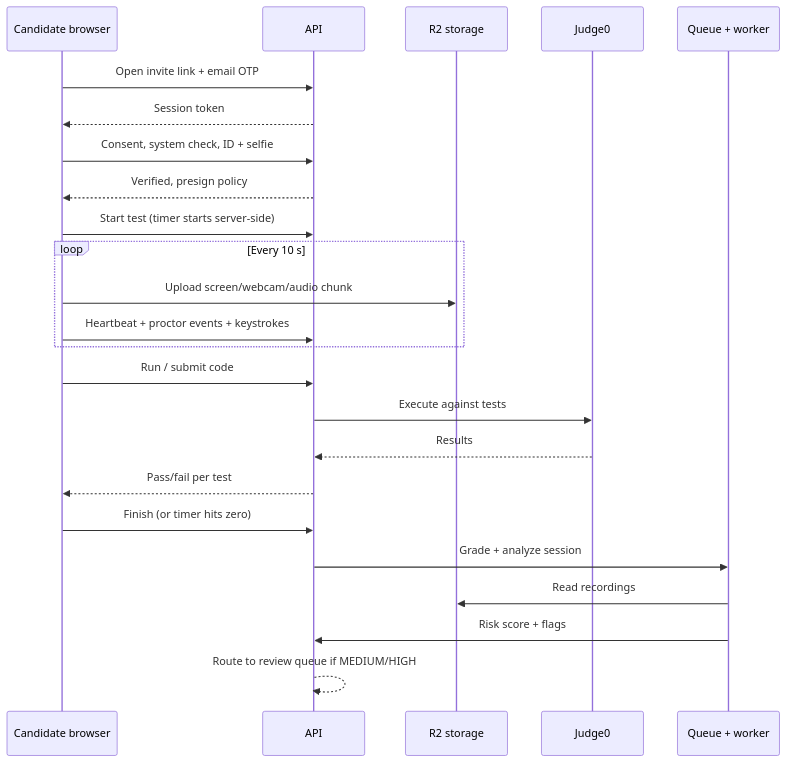
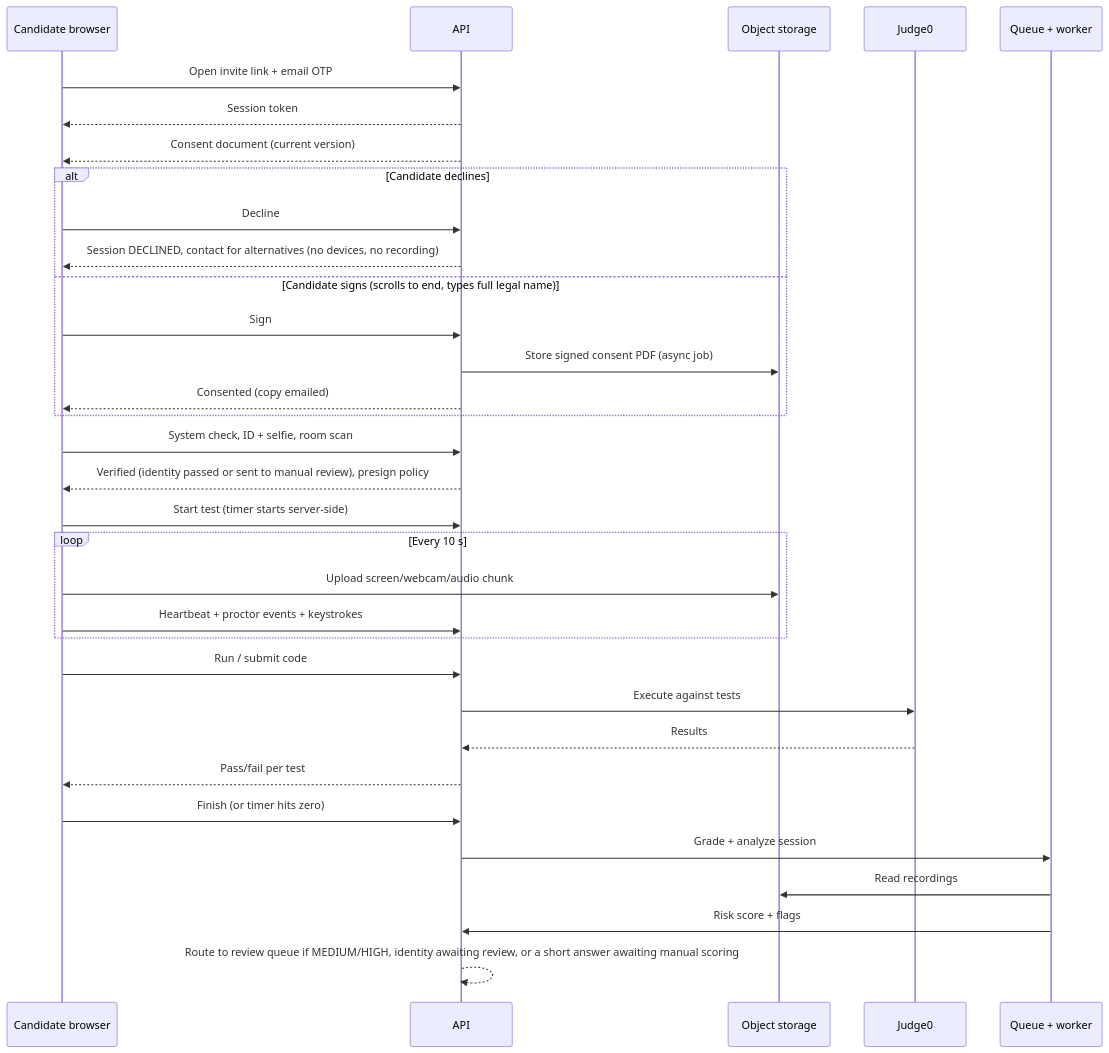
One commit to harshtrivedi312/codeproctor changed the diagram in docs/architecture.md. Above: the diagram before and after it, drawn with Mermaid. The commit also changed other lines of this file and 6 other files, not shown here.

First line of the commit message:
docs: align FSD, test cases, architecture and prompts with accepted ADRs

````diff
--- a/docs/architecture.md
+++ b/docs/architecture.md
@@ -27,26 +27,35 @@
 ```mermaid
 sequenceDiagram
   participant C as Candidate browser
   participant A as API
-  participant R as R2 storage
+  participant R as Object storage
   participant J as Judge0
   participant Q as Queue + worker
   C->>A: Open invite link + email OTP
   A-->>C: Session token
-  C->>A: Consent, system check, ID + selfie
-  A-->>C: Verified, presign policy
+  A-->>C: Consent document (current version)
+  alt Candidate declines
+    C->>A: Decline
+    A-->>C: Session DECLINED, contact for alternatives (no devices, no recording)
+  else Candidate signs (scrolls to end, types full legal name)
+    C->>A: Sign
+    A->>R: Store signed consent PDF (async job)
+    A-->>C: Consented (copy emailed)
+  end
+  C->>A: System check, ID + selfie, room scan
+  A-->>C: Verified (identity passed or sent to manual review), presign policy
   C->>A: Start test (timer starts server-side)
   loop Every 10 s
     C->>R: Upload screen/webcam/audio chunk
     C->>A: Heartbeat + proctor events + keystrokes
   end
   C->>A: Run / submit code
   A->>J: Execute against tests
   J-->>A: Results
   A-->>C: Pass/fail per test
   C->>A: Finish (or timer hits zero)
   A->>Q: Grade + analyze session
   Q->>R: Read recordings
   Q->>A: Risk score + flags
-  A-->>A: Route to review queue if MEDIUM/HIGH
+  A-->>A: Route to review queue if MEDIUM/HIGH, identity awaiting review, or a short answer awaiting manual scoring
 ```
````
